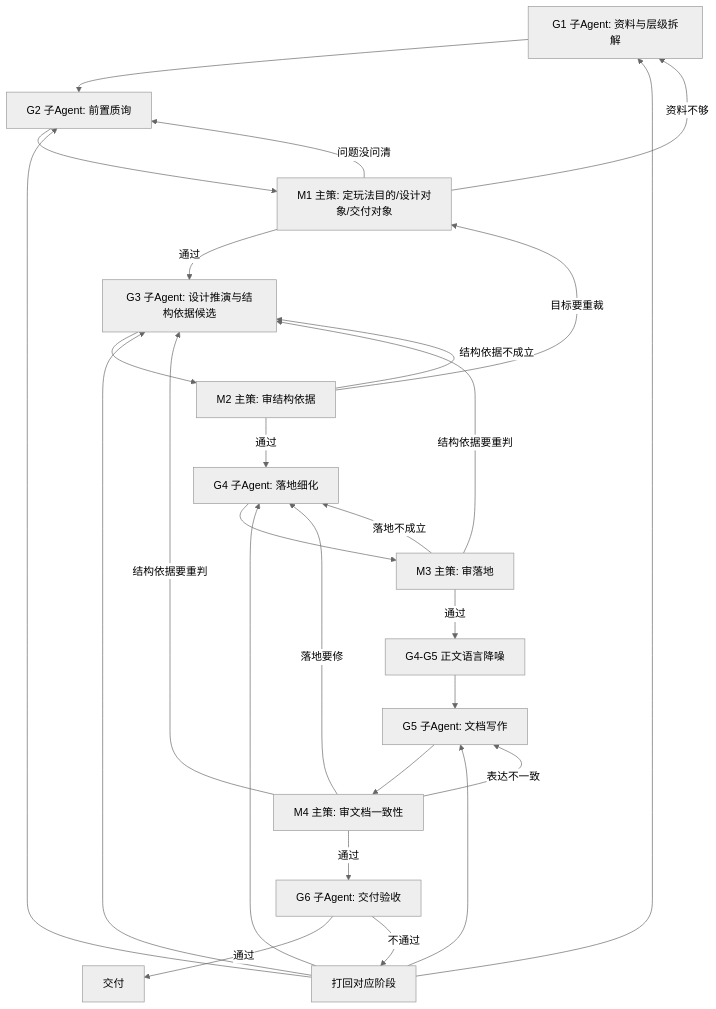
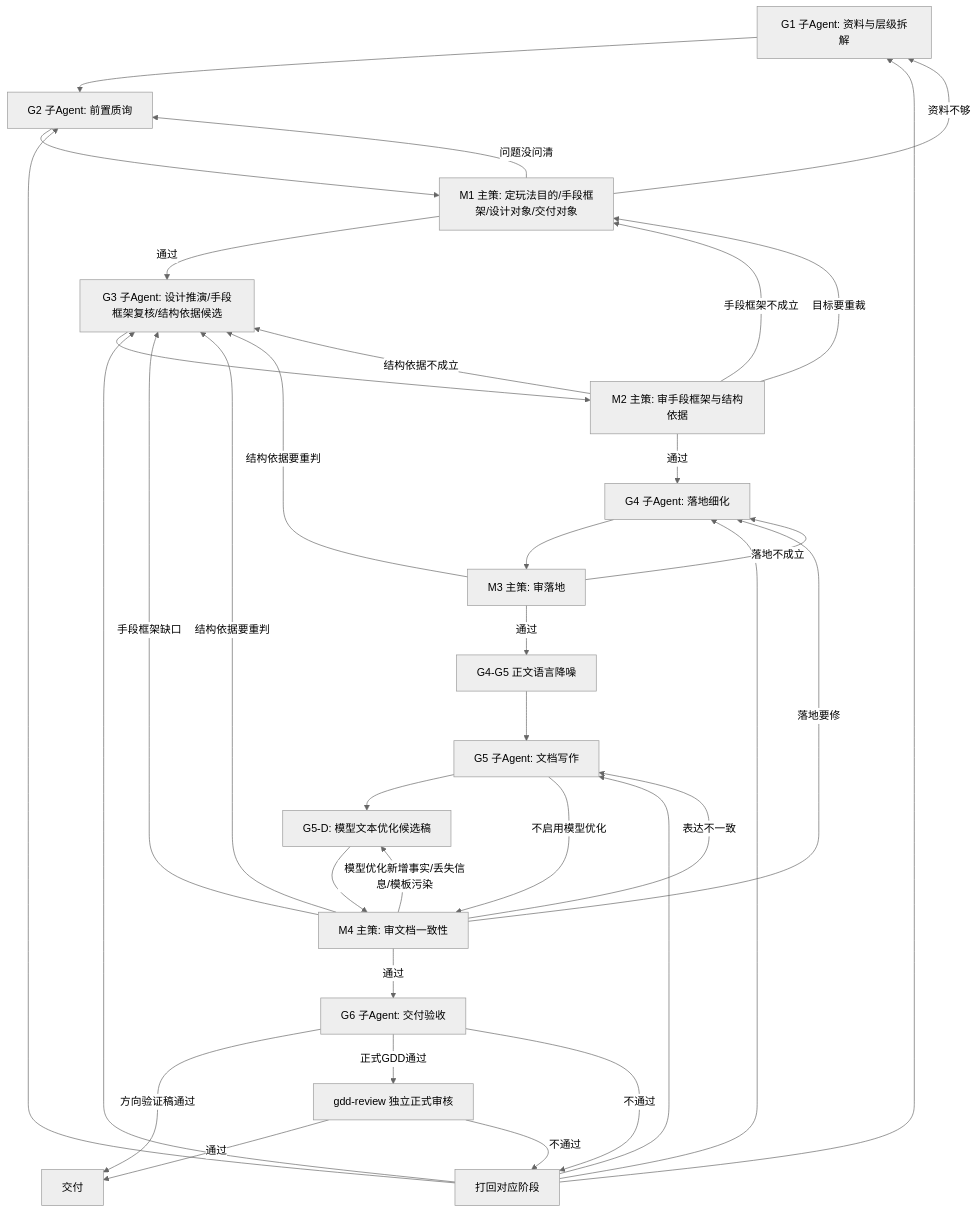
The diagram in reference/部门标准/策划/gdd/多Agent设计文档工作流.md (jeff931746-creator/Codex), drawn with Mermaid (neutral theme) before and after one commit. The commit also changed other lines of this file and 118 other files, not shown here.

````diff
--- a/reference/部门标准/策划/gdd/多Agent设计文档工作流.md
+++ b/reference/部门标准/策划/gdd/多Agent设计文档工作流.md
@@ -36,33 +38,41 @@
 ```mermaid
 flowchart TD
     G1[G1 子Agent: 资料与层级拆解] --> G2[G2 子Agent: 前置质询]
-    G2 --> M1[M1 主策: 定玩法目的/设计对象/交付对象]
-    M1 -->|通过| G3[G3 子Agent: 设计推演与结构依据候选]
+    G2 --> M1[M1 主策: 定玩法目的/手段框架/设计对象/交付对象]
+    M1 -->|通过| G3[G3 子Agent: 设计推演/手段框架复核/结构依据候选]
     M1 -->|资料不够| G1
     M1 -->|问题没问清| G2
 
-    G3 --> M2[M2 主策: 审结构依据]
+    G3 --> M2[M2 主策: 审手段框架与结构依据]
     M2 -->|通过| G4[G4 子Agent: 落地细化]
+    M2 -->|手段框架不成立| M1
     M2 -->|结构依据不成立| G3
     M2 -->|目标要重裁| M1
 
     G4 --> M3[M3 主策: 审落地]
     M3 -->|通过| N[G4-G5 正文语言降噪]
     N --> G5[G5 子Agent: 文档写作]
     M3 -->|落地不成立| G4
     M3 -->|结构依据要重判| G3
 
-    G5 --> M4[M4 主策: 审文档一致性]
+    G5 --> D[G5-D: 模型文本优化候选稿]
+    D --> M4[M4 主策: 审文档一致性]
+    G5 -->|不启用模型优化| M4
     M4 -->|通过| G6[G6 子Agent: 交付验收]
+    M4 -->|模型优化新增事实/丢失信息/模板污染| D
     M4 -->|表达不一致| G5
     M4 -->|落地要修| G4
+    M4 -->|手段框架缺口| G3
     M4 -->|结构依据要重判| G3
 
-    G6 -->|通过| Z[交付]
+    G6 -->|方向验证稿通过| Z[交付]
+    G6 -->|正式GDD通过| GR[gdd-review 独立正式审核]
+    GR -->|通过| Z
+    GR -->|不通过| R
     G6 -->|不通过| R[打回对应阶段]
     R --> G1
     R --> G2
     R --> G3
     R --> G4
     R --> G5
 ```
````
